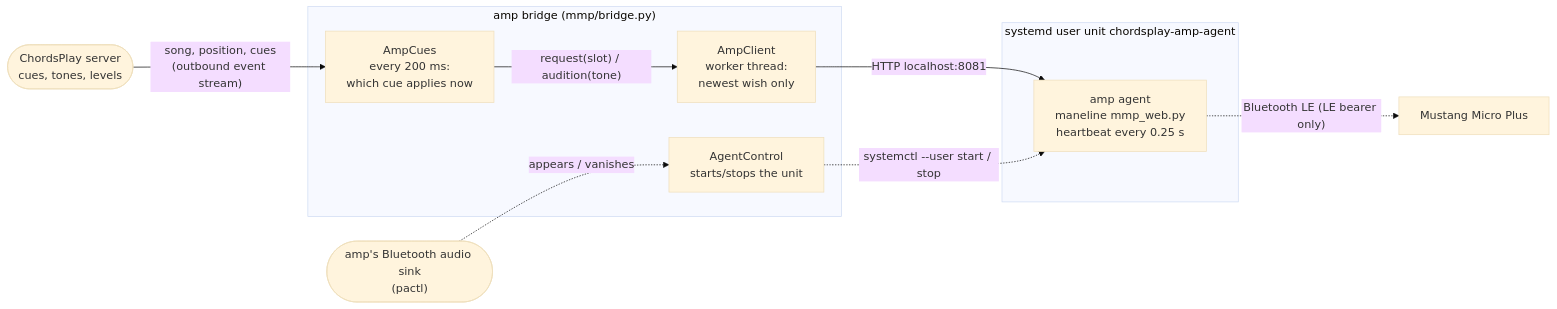
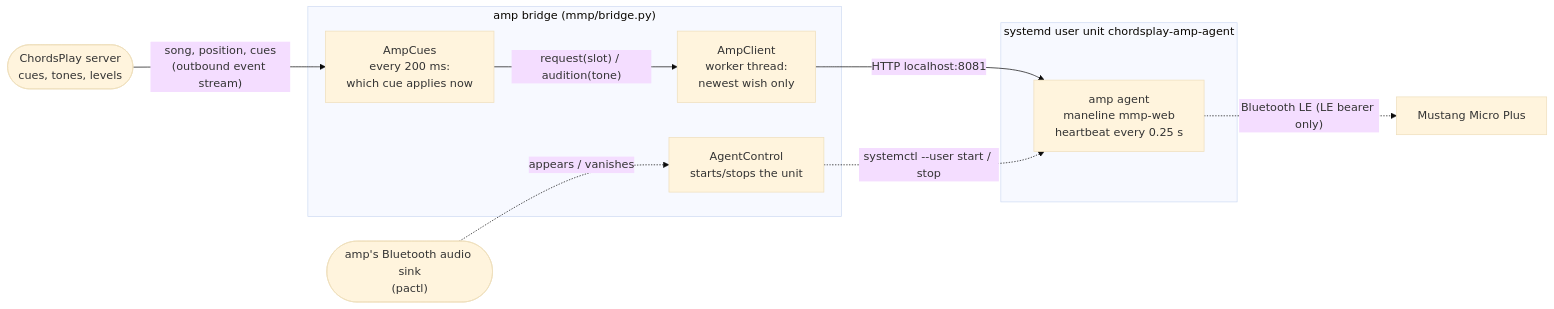
The diagram in docs/spec-amp.md (joba-1/ChordsPlay), drawn with Mermaid (base theme) before and after one commit. The commit also changed other lines of this file and 13 other files, not shown here.

Commit message:
Current state only: desktop takeover (web.migrate) and schema upgrades for old databases removed; docs rewritten in the present (README, install with packages first and how to purge, web, spec-amp, test plan), plans in docs/plans.md

````diff
--- a/docs/spec-amp.md
+++ b/docs/spec-amp.md
@@ -17,20 +16,20 @@
 ```mermaid
 flowchart LR
   server(["ChordsPlay server<br>cues, tones, levels"])
   subgraph app["amp bridge (mmp/bridge.py)"]
     cues["AmpCues<br>every 200 ms:<br>which cue applies now"]
     client["AmpClient<br>worker thread:<br>newest wish only"]
     control["AgentControl<br>starts/stops the unit"]
   end
   subgraph unit["systemd user unit chordsplay-amp-agent"]
-    agent["amp agent<br>maneline mmp_web.py<br>heartbeat every 0.25 s"]
+    agent["amp agent<br>maneline mmp-web<br>heartbeat every 0.25 s"]
   end
   sink(["amp's Bluetooth audio sink<br>(pactl)"])
   mmp["Mustang Micro Plus"]
   server -- "song, position, cues<br>(outbound event stream)" --> cues
   cues -- "request(slot) / audition(tone)" --> client
   client -- "HTTP localhost:8081" --> agent
   sink -. "appears / vanishes" .-> control
   control -. "systemctl --user start / stop" .-> agent
   agent -. "Bluetooth LE (LE bearer only)" .-> mmp
 ```
````
